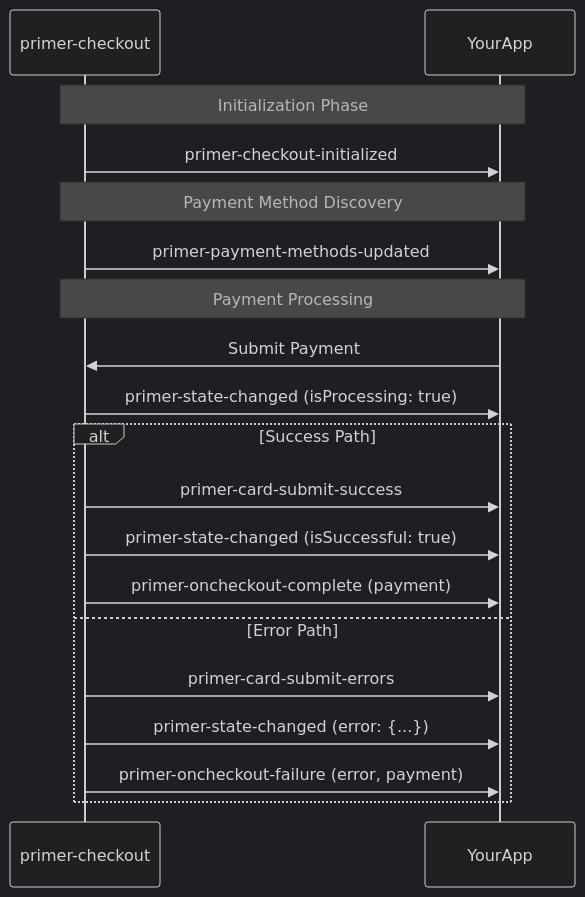
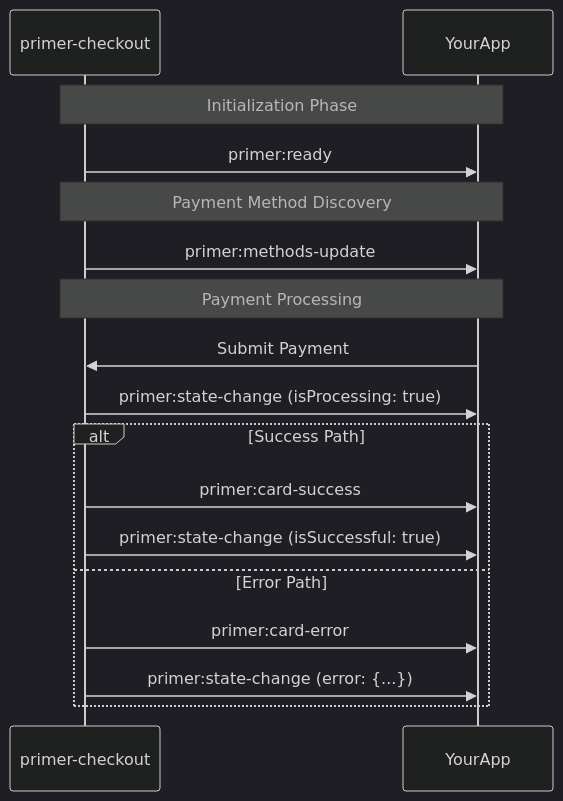
Before and after one commit to primer-io/examples: the second of 3 diagrams in docs/general-docs/api/Components/primer-checkout-doc.md, drawn with Mermaid (dark theme). The commit also changed other lines of this file and 19 other files, not shown here.

````diff
--- a/docs/general-docs/api/Components/primer-checkout-doc.md
+++ b/docs/general-docs/api/Components/primer-checkout-doc.md
@@ -114,25 +116,23 @@
 ```mermaid
 sequenceDiagram
     participant Checkout as primer-checkout
     participant YourApp
 
     Note over Checkout,YourApp: Initialization Phase
-    Checkout->>YourApp: primer-checkout-initialized
+    Checkout->>YourApp: primer:ready
 
     Note over Checkout,YourApp: Payment Method Discovery
-    Checkout->>YourApp: primer-payment-methods-updated
+    Checkout->>YourApp: primer:methods-update
 
     Note over Checkout,YourApp: Payment Processing
     YourApp->>Checkout: Submit Payment
-    Checkout->>YourApp: primer-state-changed (isProcessing: true)
+    Checkout->>YourApp: primer:state-change (isProcessing: true)
 
     alt Success Path
-        Checkout->>YourApp: primer-card-submit-success
-        Checkout->>YourApp: primer-state-changed (isSuccessful: true)
-        Checkout->>YourApp: primer-oncheckout-complete (payment)
+        Checkout->>YourApp: primer:card-success
+        Checkout->>YourApp: primer:state-change (isSuccessful: true)
     else Error Path
-        Checkout->>YourApp: primer-card-submit-errors
-        Checkout->>YourApp: primer-state-changed (error: {...})
-        Checkout->>YourApp: primer-oncheckout-failure (error, payment)
+        Checkout->>YourApp: primer:card-error
+        Checkout->>YourApp: primer:state-change (error: {...})
     end
 ```
````
